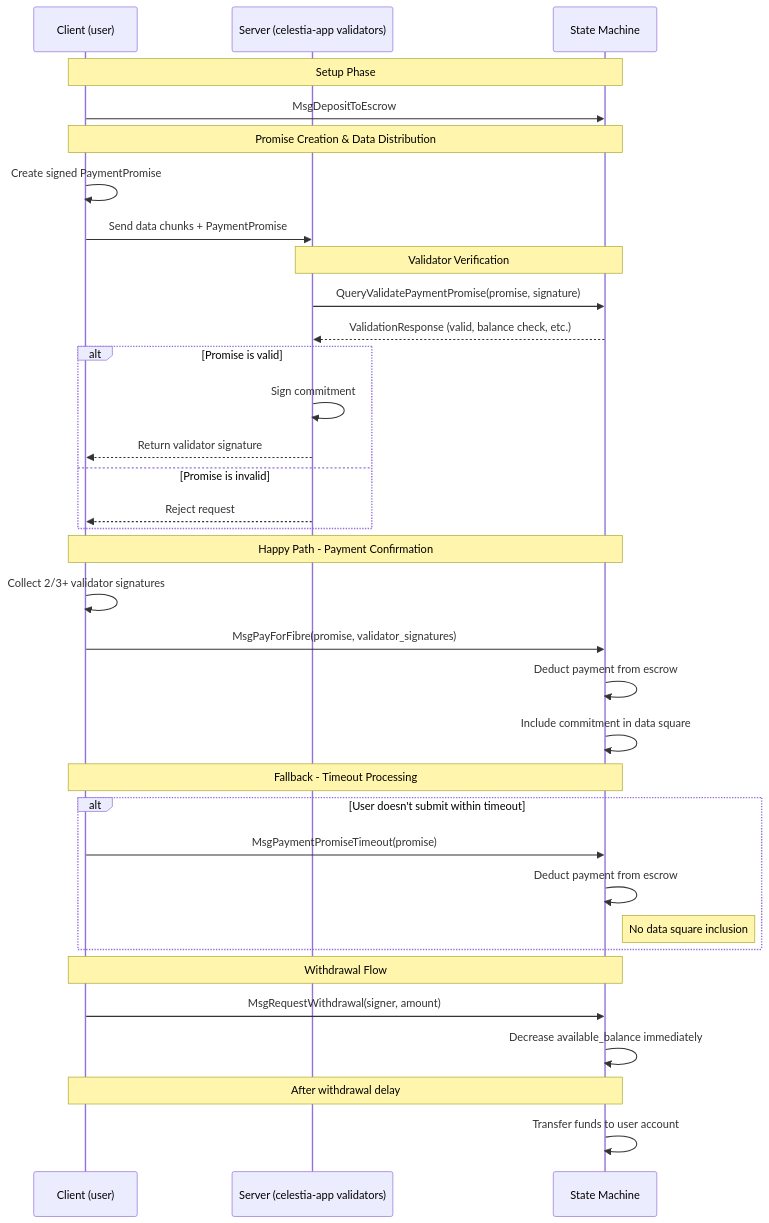
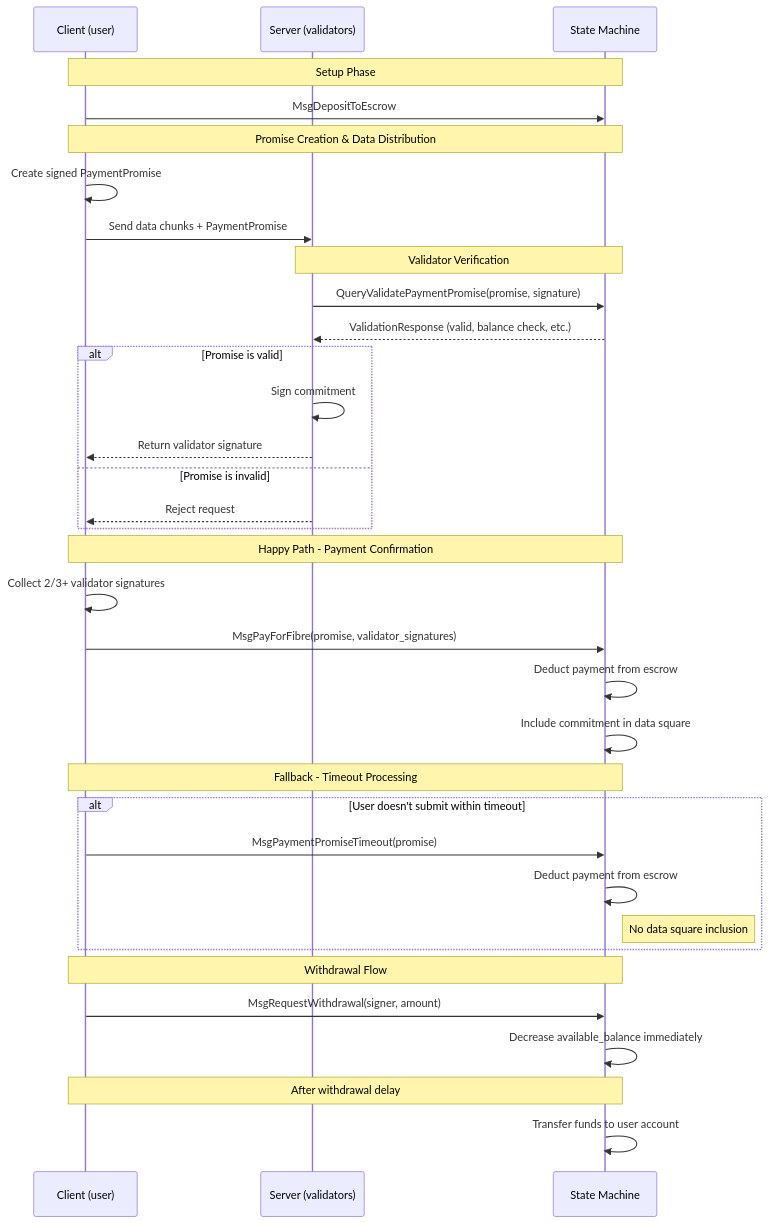
One commit to celestiaorg/celestia-app changed the diagram in sdk_module.md. Above: the diagram before and after it, drawn with Mermaid. The commit also changed other lines of this file, not shown here.

````diff
--- a/sdk_module.md
+++ b/sdk_module.md
@@ -53,44 +53,44 @@
 ```mermaid
 sequenceDiagram
     participant C as Client (user)
-    participant S as Server (celestia-app validators)
+    participant S as Server (validators)
     participant A as State Machine
 
     Note over C,A: Setup Phase
     C->>A: MsgDepositToEscrow
 
     Note over C,A: Promise Creation & Data Distribution
     C->>C: Create signed PaymentPromise
     C->>S: Send data chunks + PaymentPromise
 
     Note over S,A: Validator Verification
     S->>A: QueryValidatePaymentPromise(promise, signature)
     A-->>S: ValidationResponse (valid, balance check, etc.)
 
     alt Promise is valid
         S->>S: Sign commitment
         S-->>C: Return validator signature
     else Promise is invalid
         S-->>C: Reject request
     end
 
     Note over C,A: Happy Path - Payment Confirmation
     C->>C: Collect 2/3+ validator signatures
     C->>A: MsgPayForFibre(promise, validator_signatures)
     A->>A: Deduct payment from escrow
     A->>A: Include commitment in data square
 
     Note over C,A: Fallback - Timeout Processing
     alt User doesn't submit within timeout
         C->>A: MsgPaymentPromiseTimeout(promise)
         A->>A: Deduct payment from escrow
         Note right of A: No data square inclusion
     end
 
     Note over C,A: Withdrawal Flow
     C->>A: MsgRequestWithdrawal(signer, amount)
     A->>A: Decrease available_balance immediately
 
     Note over C,A: After withdrawal delay
     A->>A: Transfer funds to user account
 ```
````
